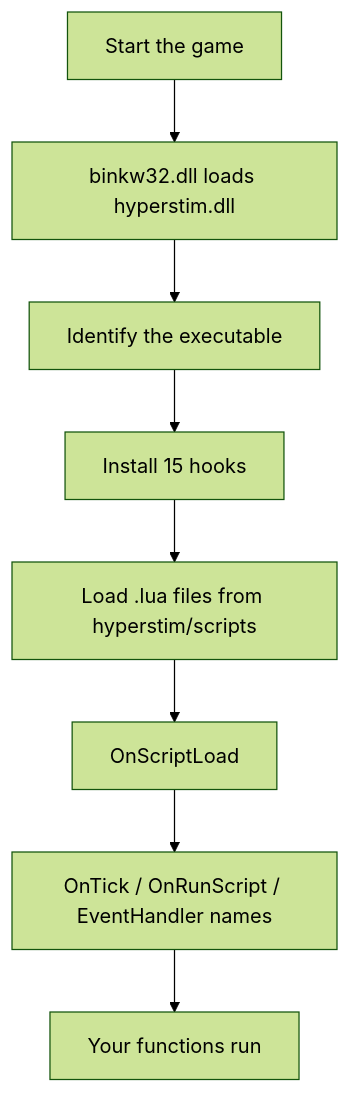
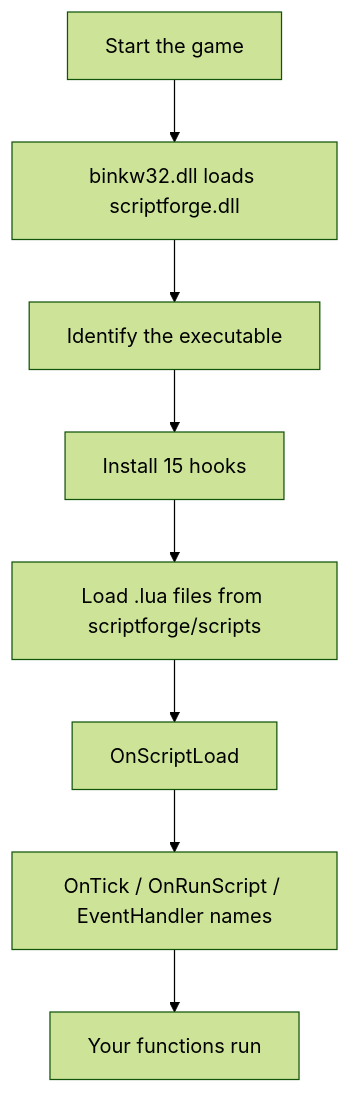
One commit to kolto-labs/KotorJIT changed the diagram in docs/user/README.md. Above: the diagram before and after it, drawn with Mermaid (forest theme). The commit also changed other lines of this file and 128 other files, not shown here.

````diff
--- a/docs/user/README.md
+++ b/docs/user/README.md
@@ -10,10 +10,10 @@
 ```mermaid
 flowchart TD
-    A[Start the game] --> B[binkw32.dll loads hyperstim.dll]
+    A[Start the game] --> B[binkw32.dll loads scriptforge.dll]
     B --> C[Identify the executable]
     C --> D[Install 15 hooks]
-    D --> E[Load .lua files from hyperstim/scripts]
+    D --> E[Load .lua files from scriptforge/scripts]
     E --> F[OnScriptLoad]
     F --> G[OnTick / OnRunScript / EventHandler names]
     G --> H[Your functions run]
 ```
````
